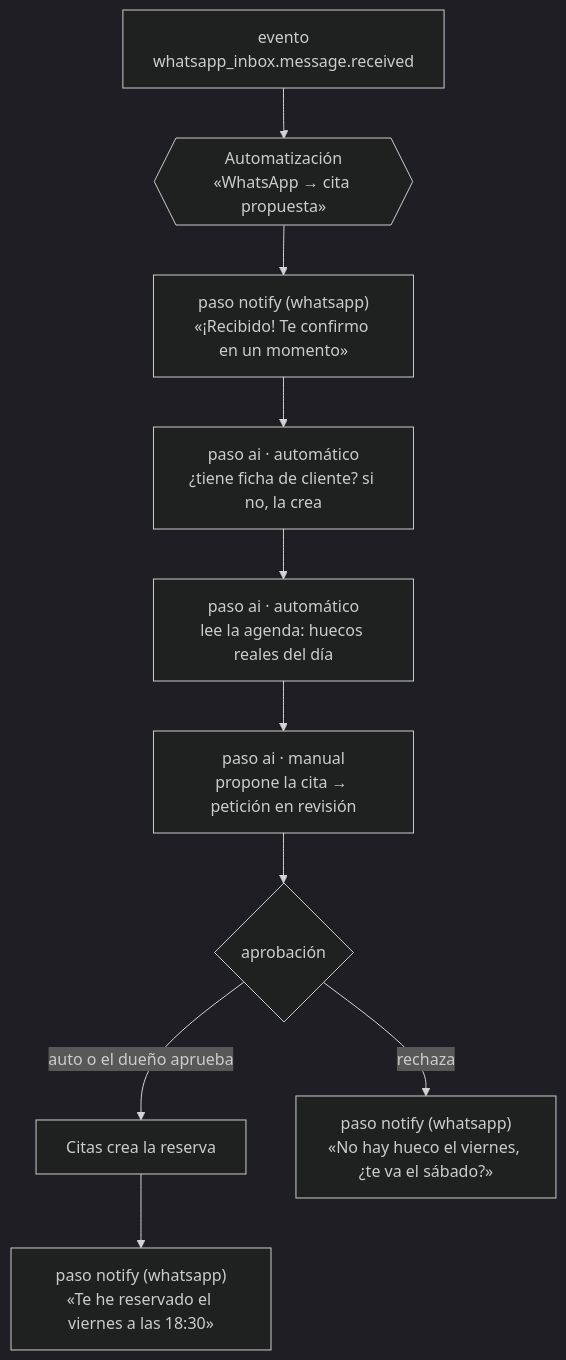
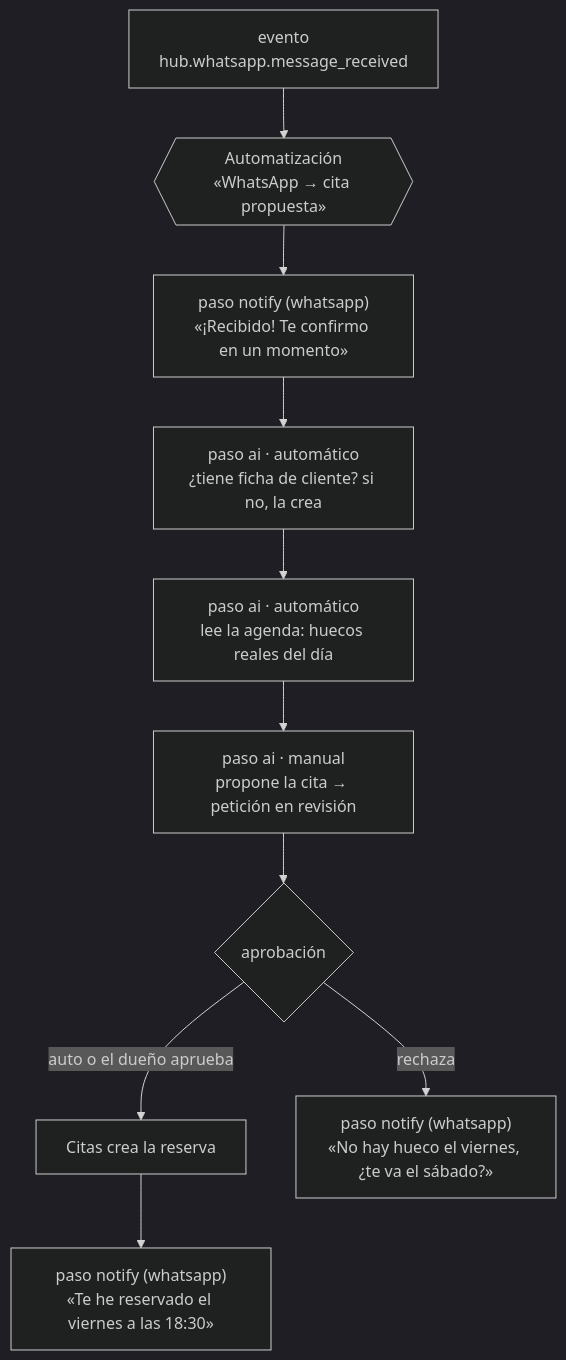
Before and after one commit to ERPlora/whatsapp_inbox: the fourth of 6 diagrams in docs/como-funciona.md, drawn with Mermaid (dark theme). The commit also changed other lines of this file, not shown here.

Commit message:
docs: el disparador de la plantilla es el evento del núcleo; el del módulo también sirve

````diff
--- a/docs/como-funciona.md
+++ b/docs/como-funciona.md
@@ -129,12 +129,12 @@
 ```mermaid
 flowchart TD
-    E["evento<br/>whatsapp_inbox.message.received"] --> T{{"Automatización<br/>«WhatsApp → cita propuesta»"}}
+    E["evento<br/>hub.whatsapp.message_received"] --> T{{"Automatización<br/>«WhatsApp → cita propuesta»"}}
     T --> N1["paso notify (whatsapp)<br/>«¡Recibido! Te confirmo en un momento»"]
     N1 --> A1["paso ai · automático<br/>¿tiene ficha de cliente? si no, la crea"]
     A1 --> A2["paso ai · automático<br/>lee la agenda: huecos reales del día"]
     A2 --> A3["paso ai · manual<br/>propone la cita → petición en revisión"]
     A3 --> AP{"aprobación"}
     AP -- "auto o el dueño aprueba" --> R["Citas crea la reserva"]
     R --> N2["paso notify (whatsapp)<br/>«Te he reservado el viernes a las 18:30»"]
     AP -- "rechaza" --> N3["paso notify (whatsapp)<br/>«No hay hueco el viernes, ¿te va el sábado?»"]
 ```
````
